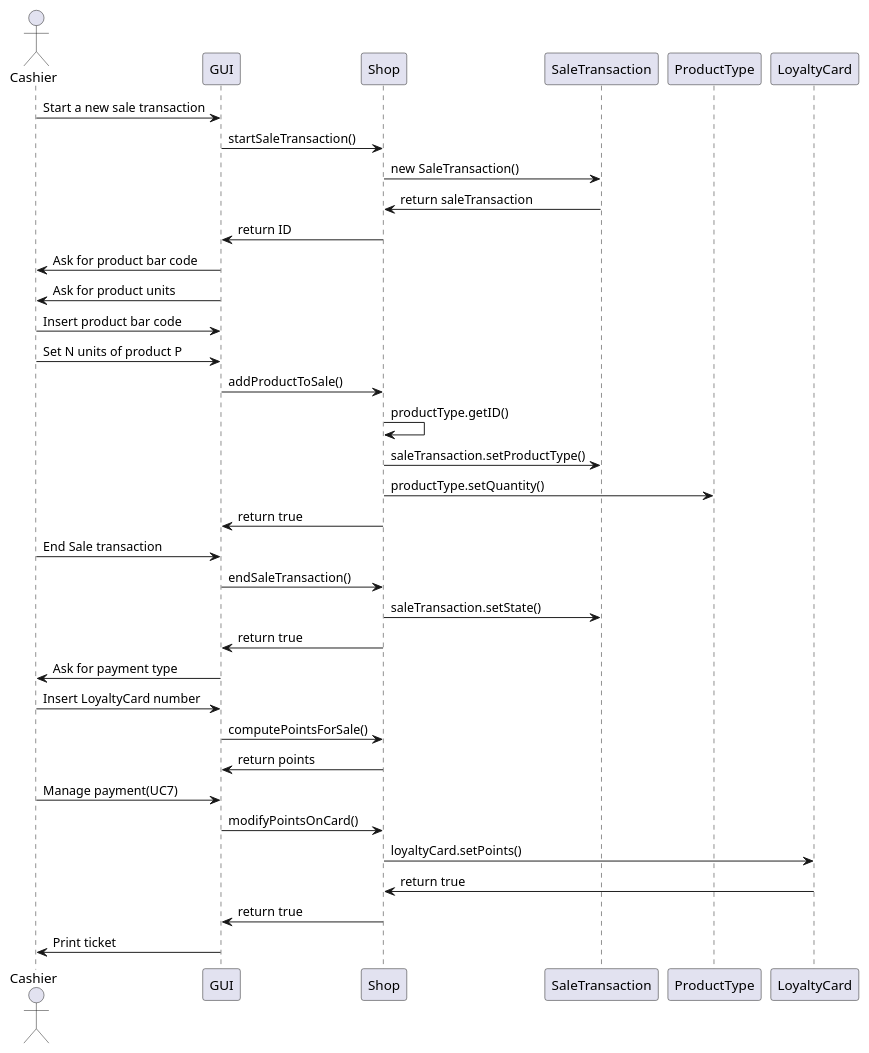
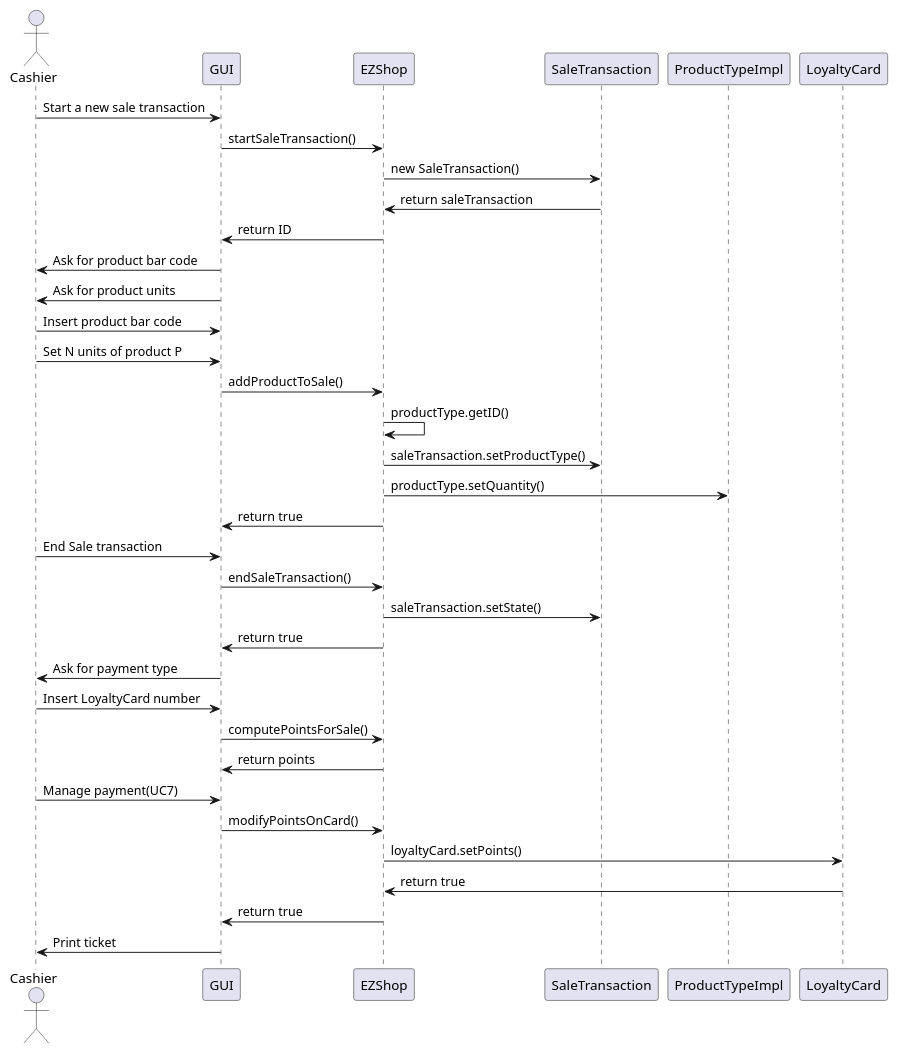
Before and after one commit to ThePiromaximus/ezshop: diagram 14 of 19 in Deliverables/DesignDocument.md, drawn with PlantUML. The commit also changed other lines of this file, not shown here.

````diff
--- a/Deliverables/DesignDocument.md
+++ b/Deliverables/DesignDocument.md
@@ -451,33 +467,33 @@
 ```plantuml
 @startuml
 actor Cashier
 Cashier -> GUI: Start a new sale transaction
-GUI  -> Shop: startSaleTransaction()
-Shop -> SaleTransaction: new SaleTransaction()
-Shop <- SaleTransaction: return saleTransaction
-GUI <- Shop: return ID
+GUI  -> EZShop: startSaleTransaction()
+EZShop -> SaleTransaction: new SaleTransaction()
+EZShop <- SaleTransaction: return saleTransaction
+GUI <- EZShop: return ID
 GUI -> Cashier: Ask for product bar code
 GUI -> Cashier: Ask for product units
 Cashier -> GUI: Insert product bar code
 Cashier -> GUI: Set N units of product P
-GUI  -> Shop: addProductToSale()
-Shop -> Shop: productType.getID()
-Shop -> SaleTransaction: saleTransaction.setProductType()
-Shop -> ProductType: productType.setQuantity()
-Shop -> GUI: return true
+GUI  -> EZShop: addProductToSale()
+EZShop -> EZShop: productType.getID()
+EZShop -> SaleTransaction: saleTransaction.setProductType()
+EZShop -> ProductTypeImpl: productType.setQuantity()
+EZShop -> GUI: return true
 Cashier -> GUI: End Sale transaction
-GUI  -> Shop: endSaleTransaction()
-Shop -> SaleTransaction: saleTransaction.setState()
-GUI <- Shop: return true
+GUI  -> EZShop: endSaleTransaction()
+EZShop -> SaleTransaction: saleTransaction.setState()
+GUI <- EZShop: return true
 Cashier <- GUI: Ask for payment type
 Cashier -> GUI: Insert LoyaltyCard number
-GUI -> Shop: computePointsForSale() 
-Shop -> GUI: return points 
+GUI -> EZShop: computePointsForSale() 
+EZShop -> GUI: return points 
 Cashier -> GUI: Manage payment(UC7)
-GUI -> Shop: modifyPointsOnCard()
-Shop -> LoyaltyCard: loyaltyCard.setPoints()
-Shop <- LoyaltyCard: return true
-Shop -> GUI: return true
+GUI -> EZShop: modifyPointsOnCard()
+EZShop -> LoyaltyCard: loyaltyCard.setPoints()
+EZShop <- LoyaltyCard: return true
+EZShop -> GUI: return true
 Cashier <- GUI: Print ticket
 @enduml
 ```
````
